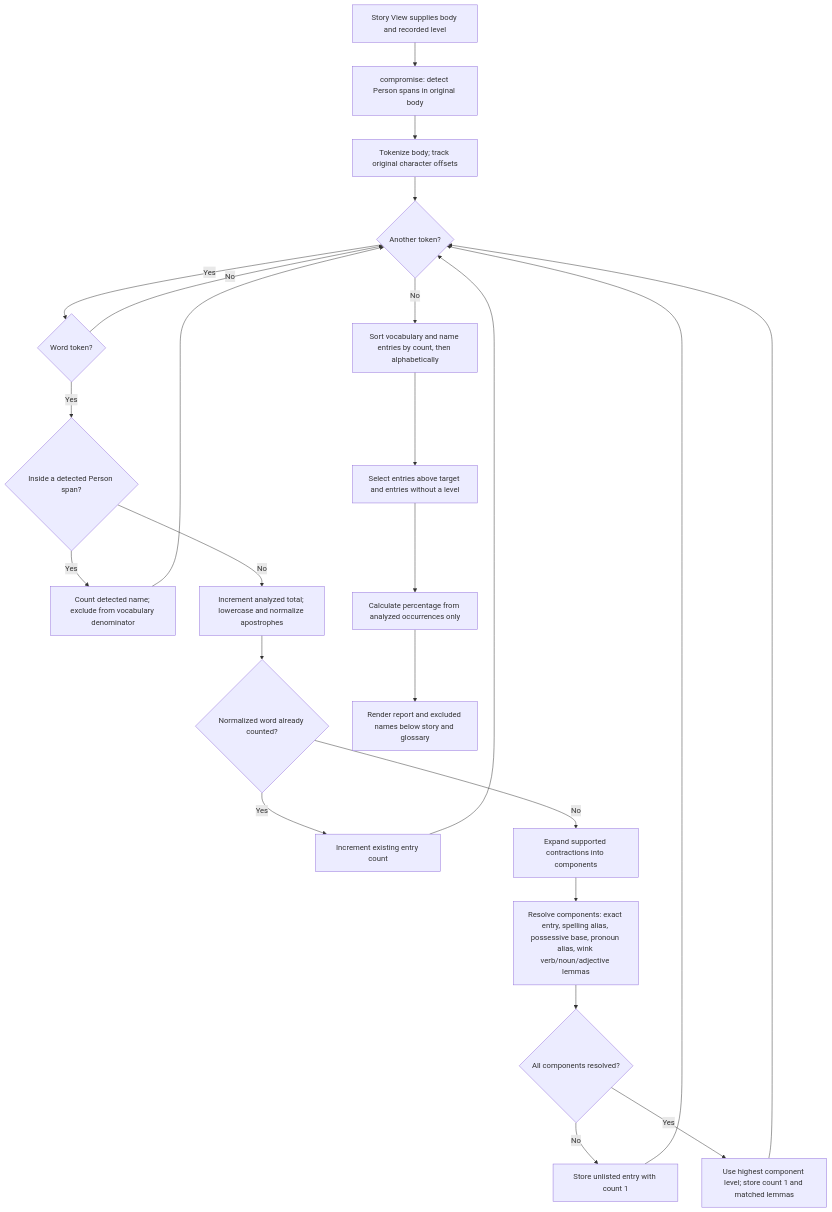
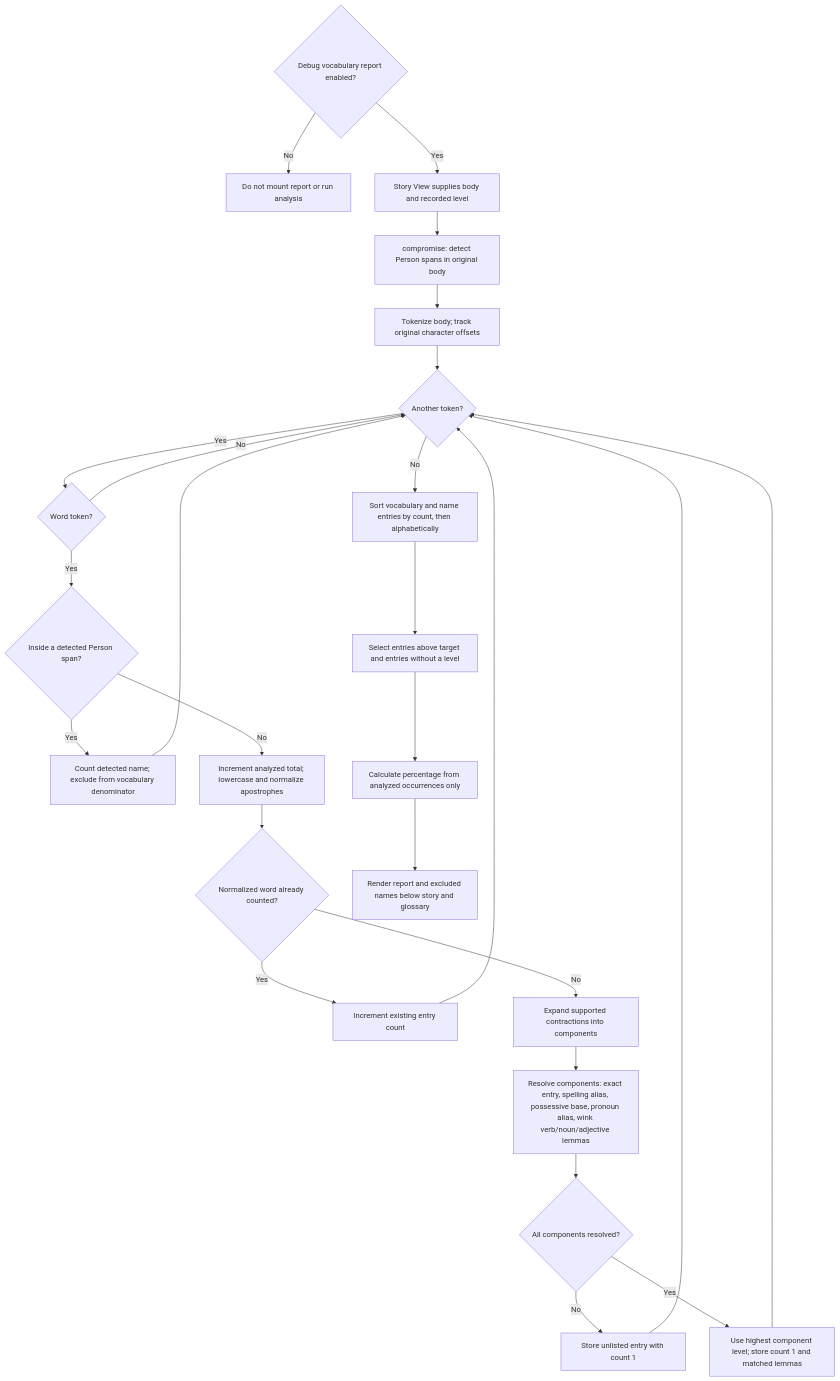
One commit to pomodorozhong/extensive-reading-assistant changed the first of 2 diagrams in doc/cefr-vocabulary-validation.md. Above: the diagram before and after it, drawn with Mermaid. The commit also changed other lines of this file and 4 other files, not shown here.

Commit message:
feat: make vocabulary difficulty an optional debugging report

````diff
--- a/doc/cefr-vocabulary-validation.md
+++ b/doc/cefr-vocabulary-validation.md
@@ -19,26 +19,28 @@
 ```mermaid
 flowchart TD
-    Story["Story View supplies body and recorded level"] --> Names["compromise: detect Person spans in original body"]
+    Settings{"Debug vocabulary report enabled?"} -->|No| Hidden["Do not mount report or run analysis"]
+    Settings -->|Yes| Story["Story View supplies body and recorded level"]
+    Story --> Names["compromise: detect Person spans in original body"]
     Names --> Tokens["Tokenize body; track original character offsets"]
     Tokens --> Next{"Another token?"}
     Next -->|No| Sort["Sort vocabulary and name entries by count, then alphabetically"]
     Next -->|Yes| Word{"Word token?"}
     Word -->|No| Next
     Word -->|Yes| Name{"Inside a detected Person span?"}
     Name -->|Yes| Exclude["Count detected name; exclude from vocabulary denominator"]
     Exclude --> Next
     Name -->|No| Normalize["Increment analyzed total; lowercase and normalize apostrophes"]
     Normalize --> Seen{"Normalized word already counted?"}
     Seen -->|Yes| Increment["Increment existing entry count"]
     Increment --> Next
     Seen -->|No| Expand["Expand supported contractions into components"]
     Expand --> Lookup["Resolve components: exact entry, spelling alias, possessive base, pronoun alias, wink verb/noun/adjective lemmas"]
     Lookup --> Complete{"All components resolved?"}
     Complete -->|No| Unlisted["Store unlisted entry with count 1"]
     Complete -->|Yes| Level["Use highest component level; store count 1 and matched lemmas"]
     Unlisted --> Next
     Level --> Next
     Sort --> Classify["Select entries above target and entries without a level"]
     Classify --> Counts["Calculate percentage from analyzed occurrences only"]
     Counts --> Render["Render report and excluded names below story and glossary"]
 ```
````
